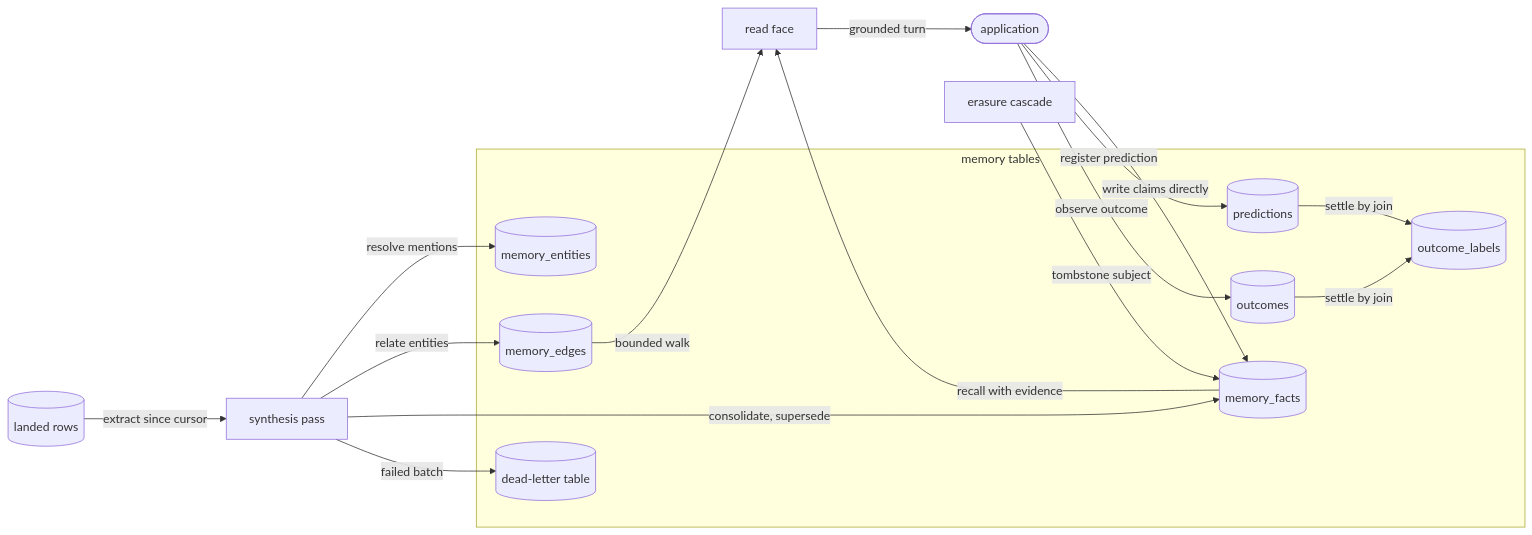
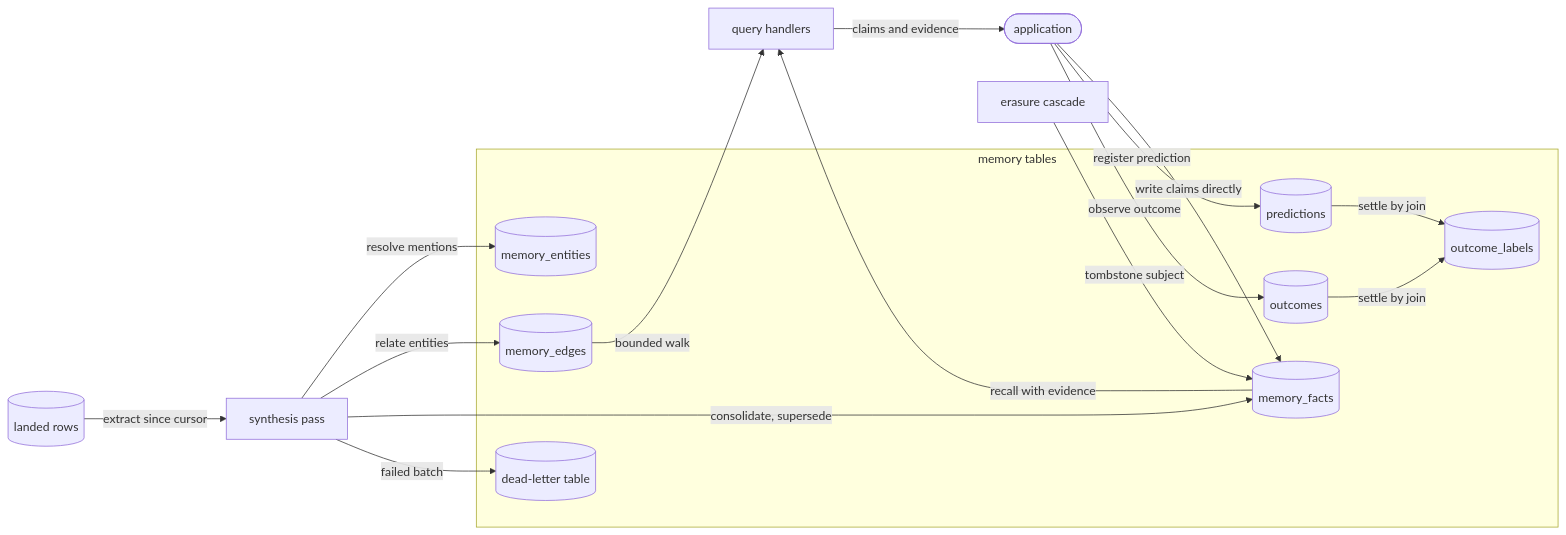
One commit to fractalboxdev/contextful changed the first of 5 diagrams in spec/21-memory.md. Above: the diagram before and after it, drawn with Mermaid. The commit also changed other lines of this file and 168 other files, not shown here.

````diff
--- a/spec/21-memory.md
+++ b/spec/21-memory.md
@@ -22,30 +22,30 @@
 ```mermaid
 flowchart LR
   ROWS[("landed rows")]
   SYN["synthesis pass"]
   subgraph STOREC["memory tables"]
     FACTS[("memory_facts")]
     ENT[("memory_entities")]
     EDGES[("memory_edges")]
     DL[("dead-letter table")]
     PRED[("predictions")]
     OUT[("outcomes")]
     LAB[("outcome_labels")]
   end
   ERASER["erasure cascade"]
-  FACE["read face"]
+  FACE["query handlers"]
   APP(["application"])
   ROWS -->|"extract since cursor"| SYN
   SYN -->|"resolve mentions"| ENT
   SYN -->|"relate entities"| EDGES
   SYN -->|"consolidate, supersede"| FACTS
   SYN -->|"failed batch"| DL
   APP -->|"write claims directly"| FACTS
   FACTS -->|"recall with evidence"| FACE
   EDGES -->|"bounded walk"| FACE
-  FACE -->|"grounded turn"| APP
+  FACE -->|"claims and evidence"| APP
   APP -->|"register prediction"| PRED
   APP -->|"observe outcome"| OUT
   PRED & OUT -->|"settle by join"| LAB
   ERASER -->|"tombstone subject"| FACTS
 ```
````
